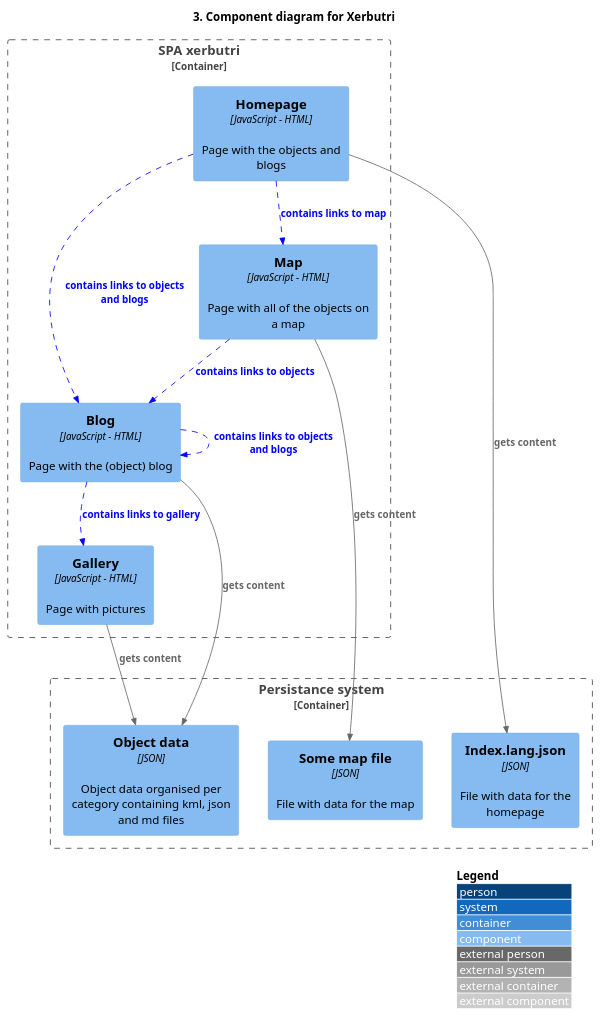
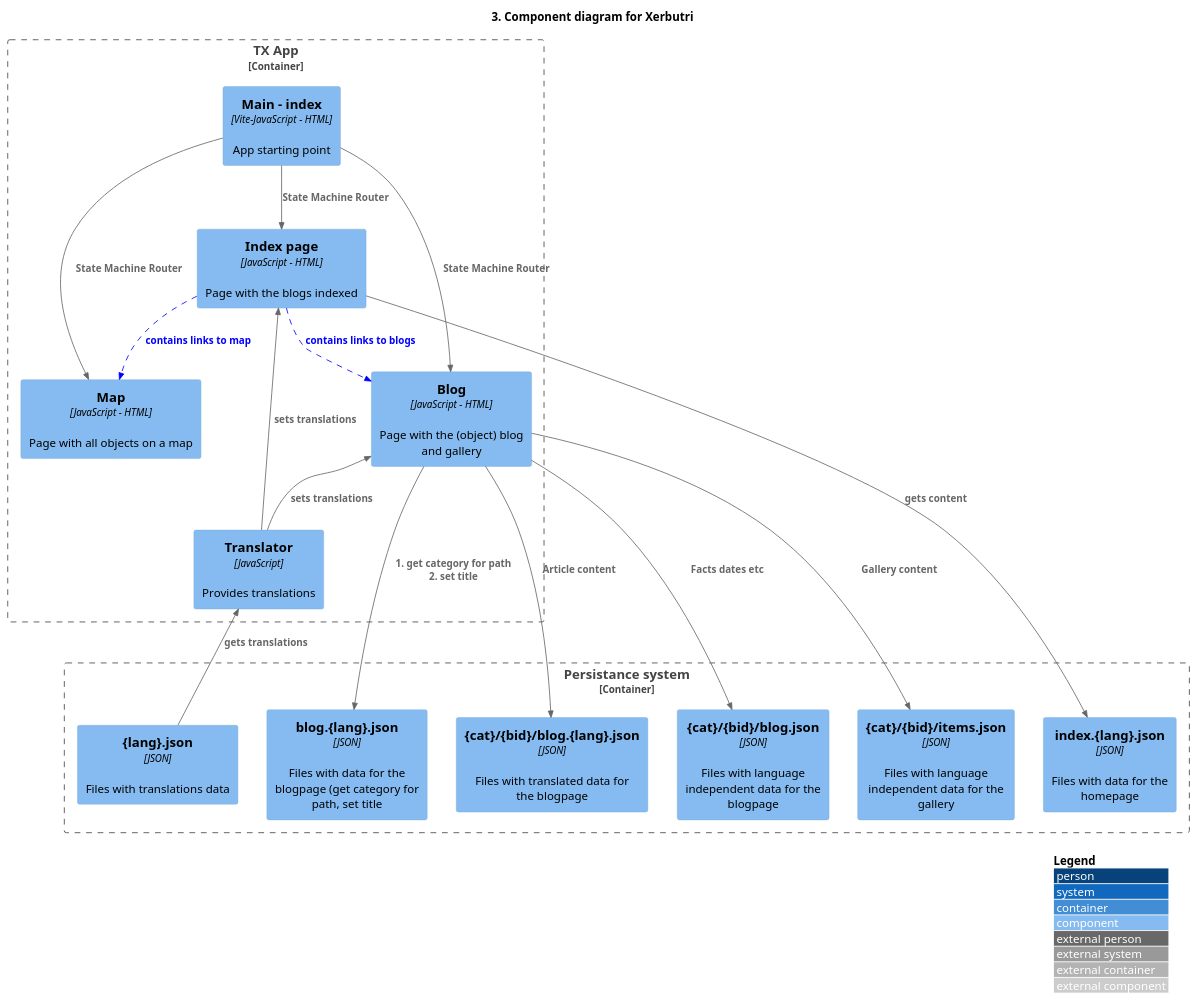
One commit to TeamXerbutri/teamxerbutri.github.io changed the diagram in .documentation/C3-Components.puml. Above: the diagram before and after it, drawn with PlantUML.

Commit message:
Documentation update

```diff
--- a/.documentation/C3-Components.puml
+++ b/.documentation/C3-Components.puml
@@ -1,34 +1,51 @@
 @startuml XerbutriComponent
 !include https://raw.githubusercontent.com/plantuml-stdlib/C4-PlantUML/master/C4_Component.puml
 LAYOUT_WITH_LEGEND()
 
 title 3. Component diagram for Xerbutri
 AddRelTag("link", $textColor="blue", $lineColor="blue", $lineStyle = DashedLine())
 
-Container_Boundary(xerbutri, "SPA xerbutri ", "Container: JavaScript", "Single page front end application"){
-    Component(home, "Homepage", "JavaScript - HTML", "Page with the objects and blogs")
-    Component(object, "Blog", "JavaScript - HTML", "Page with the (object) blog")
-    Component(gallery, "Gallery", "JavaScript - HTML", "Page with pictures")
-    Component(map, "Map", "JavaScript - HTML", "Page with all of the objects on a map")
+Container_Boundary(xerbutri, "TX App", "Container: JavaScript", ""){
+	Component(app, "Main - index", "Vite-JavaScript - HTML", "App starting point")
+    Component(index, "Index page", "JavaScript - HTML", "Page with the blogs indexed")
+    Component(blog, "Blog", "JavaScript - HTML", "Page with the (object) blog and gallery")
+    Component(map, "Map", "JavaScript - HTML", "Page with all objects on a map")
+    Component(translator, "Translator", "JavaScript", "Provides translations")
 }
 
 Container_Boundary(data, "Persistance system", "Container: filesystem", "Using the filesystem for persistance"){
-    Component(homedata, "Index.lang.json", "JSON", "File with data for the homepage")
-    Component(mapdata, "Some map file", "JSON", "File with data for the map")
-    Component(objectdata, "Object data", "JSON", "Object data organised per category containing kml, json and md files")
+    Component(homedata, "index.{lang}.json", "JSON", "Files with data for the homepage")
+    Component(transdata, "{lang}.json", "JSON", "Files with translations data")
+    Component(blogstransdata, "blog.{lang}.json", "JSON", "Files with data for the blogpage (get category for path, set title")
+    Component(blogidtransdata, "{cat}/{bid}/blog.{lang}.json", "JSON", "Files with translated data for the blogpage")
+    Component(blogtransdata, "{cat}/{bid}/blog.json", "JSON", "Files with language independent data for the blogpage")
+    Component(imagedata, "{cat}/{bid}/items.json", "JSON", "Files with language independent data for the gallery")
+    'Component(mapdata, "Some map file", "JSON", "File with data for the map")
 }
 
 
 'Rel(xerbutri, data, "gets content")
-Rel(home, homedata, "gets content")
-Rel(object, objectdata, "gets content")
-Rel(gallery, objectdata, "gets content")
-Rel(map, mapdata, "gets content")
+Rel(app, index, "State Machine Router")
+Rel(app, map, "State Machine Router")
+Rel(app, blog, "State Machine Router")
 
-Rel(home, object, "contains links to objects and blogs", $tags="link")
-Rel(home, map, "contains links to map", $tags="link")
-Rel(map, object, "contains links to objects", $tags="link")
-Rel(object, gallery, "contains links to gallery", $tags="link")
-Rel(object, object, "contains links to objects and blogs", $tags="link")
+Rel_U(translator, blog, "sets translations")
+Rel_U(translator, index, "sets translations")
+Rel_U(transdata, translator, "gets translations")
+'Rel(translator, map, "sets translations")
+
+
+Rel_D(index, homedata, "gets content")
+Rel_D(blog, blogstransdata, "1. get category for path\n2. set title")
+Rel_D(blog, blogidtransdata, "Article content")
+Rel_D(blog, blogtransdata, "Facts dates etc")
+Rel_D(blog, imagedata, "Gallery content")
+
+'Rel(map, mapdata, "gets content")
+
+Rel(index, blog, "contains links to blogs", $tags="link")
+Rel(index, map, "contains links to map", $tags="link")
+'Rel(map, blog, "contains links to blogs", $tags="link")
+'Rel(blog, blog, "contains links to blogs", $tags="link")
 
 @enduml
```
